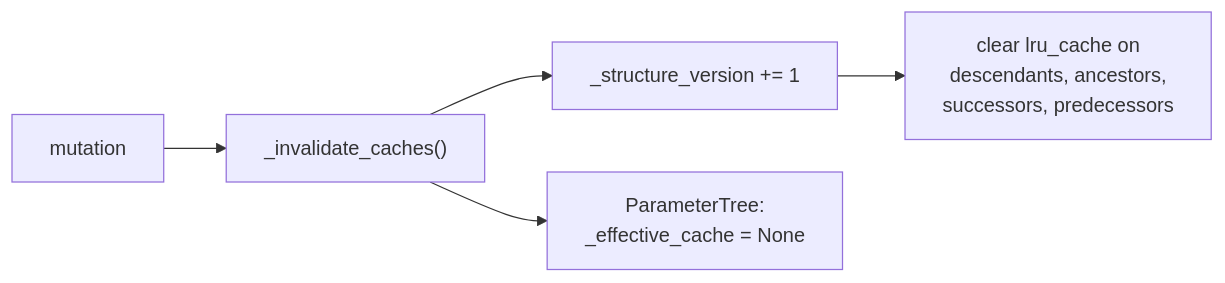
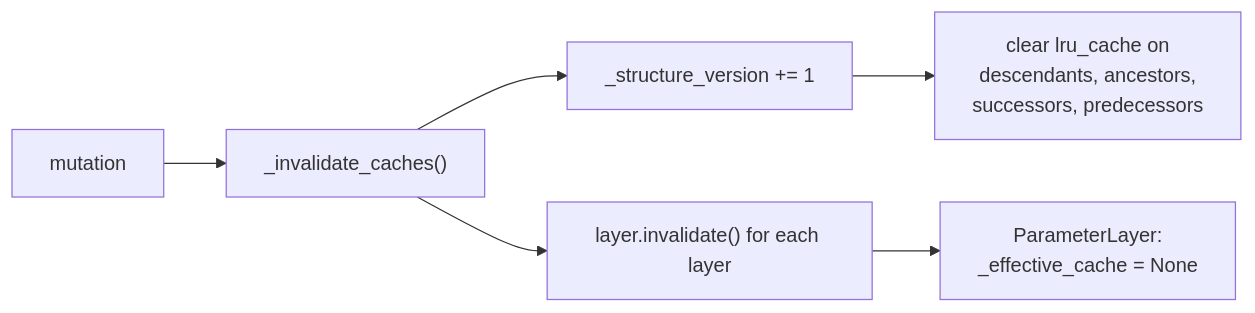
One commit to kr4g/Klotho changed the fourth of 7 diagrams in docs/architecture/08_DESIGN_PATTERNS.md. Above: the diagram before and after it, drawn with Mermaid. The commit also changed other lines of this file and 13 other files, not shown here.

First line of the commit message:
Overhaul architecture docs for Klotho 10.x API

````diff
--- a/docs/architecture/08_DESIGN_PATTERNS.md
+++ b/docs/architecture/08_DESIGN_PATTERNS.md
@@ -276,7 +293,8 @@
 ```mermaid
 flowchart LR
     MUT["mutation"] --> INV["_invalidate_caches()"]
     INV --> BUMP["_structure_version += 1"]
     BUMP --> CLEAR["clear lru_cache on<br/>descendants, ancestors,<br/>successors, predecessors"]
-    INV --> EFF["ParameterTree:<br/>_effective_cache = None"]
+    INV --> LAYERS["layer.invalidate() for each layer"]
+    LAYERS --> EFF["ParameterLayer:<br/>_effective_cache = None"]
 ```
````
